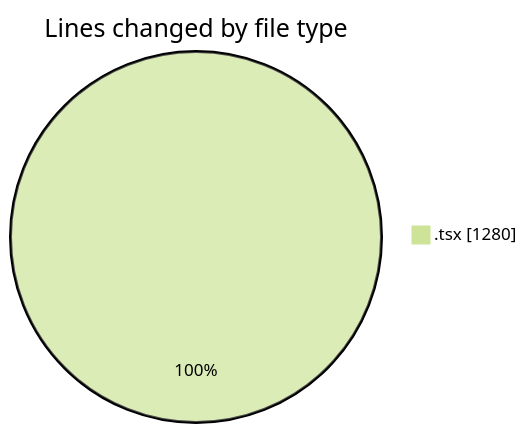
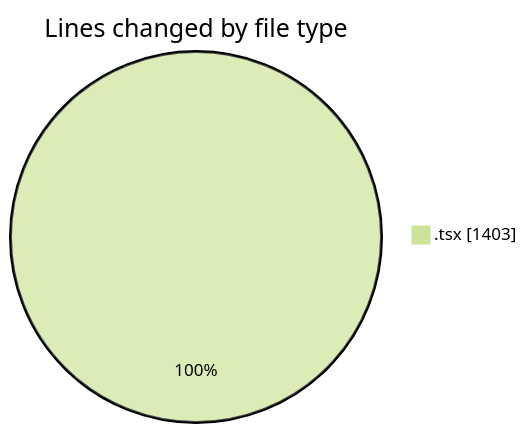
Before and after one commit to Ritupan-Deka/code-tracking: the first of 2 diagrams in 2025-10-15/scopecraft/README.md, drawn with Mermaid (forest theme). The commit also changed other lines of this file and 1 other file, not shown here.

````diff
--- a/2025-10-15/scopecraft/README.md
+++ b/2025-10-15/scopecraft/README.md
@@ -22,5 +22,5 @@
 ```mermaid
 pie showData
 title Lines changed by file type
-".tsx" : 1280
+".tsx" : 1403
 ```
````
